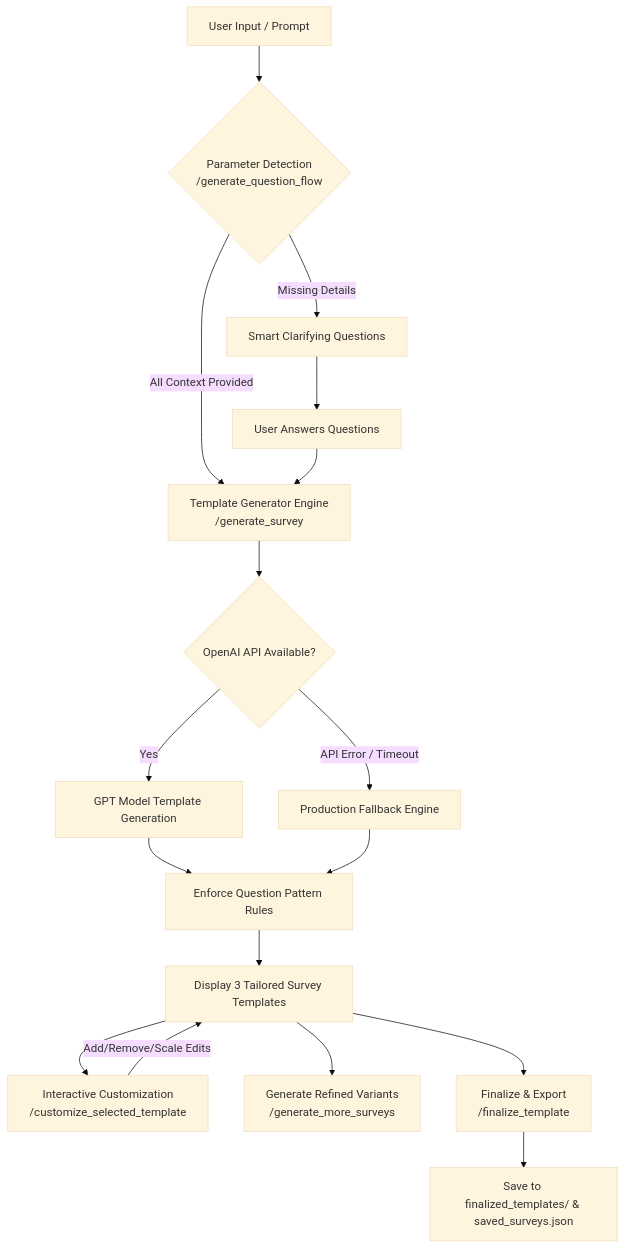
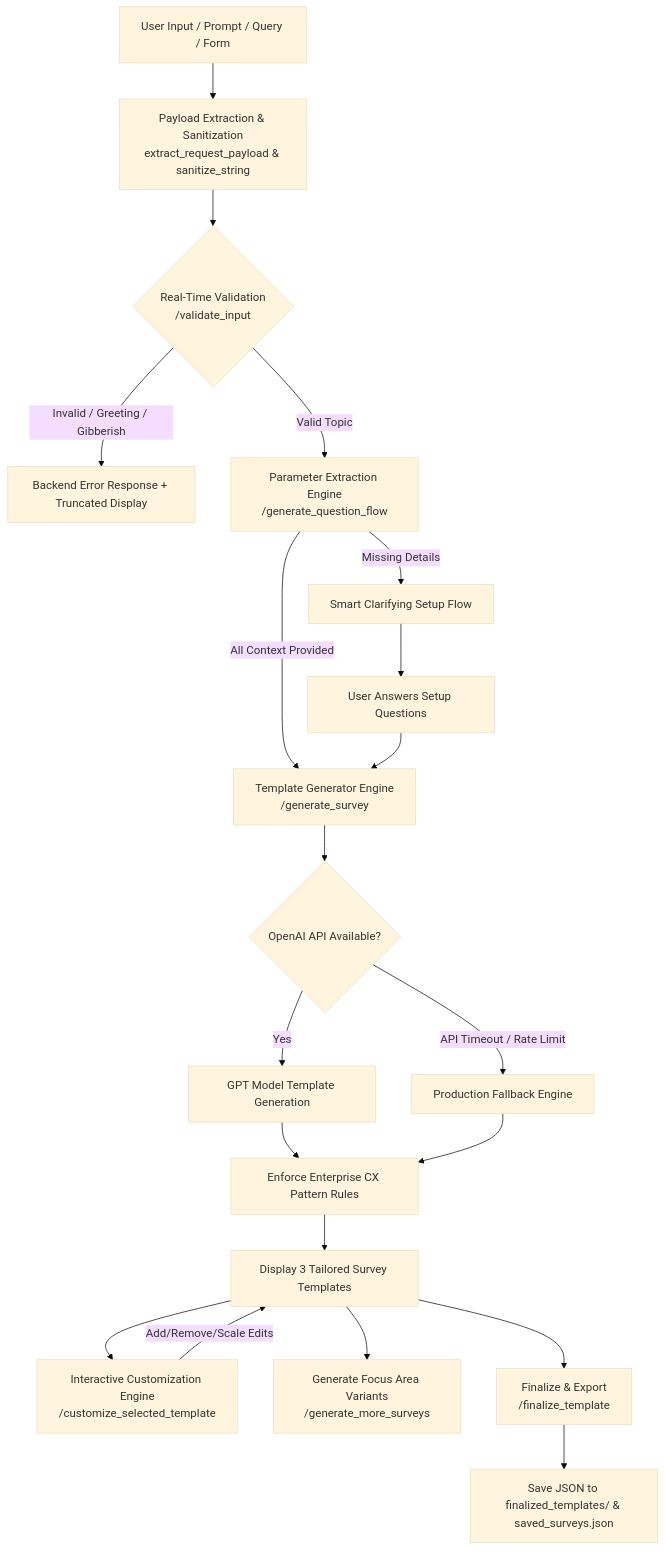
Before and after one commit to sunilQDZ/AI-SurveyCreate: the diagram in README.md, drawn with Mermaid (base theme). The commit also changed other lines of this file, not shown here.

Commit message:
Update README.md with modular architecture, REST endpoints, and test commands

````diff
--- a/README.md
+++ b/README.md
@@ -11,23 +11,27 @@
 ```mermaid
 flowchart TD
-    A[User Input / Prompt] --> B{Parameter Detection<br/>/generate_question_flow}
-    B -->|Missing Details| C[Smart Clarifying Questions]
-    C --> D[User Answers Questions]
-    B -->|All Context Provided| E[Template Generator Engine<br/>/generate_survey]
-    D --> E
+    A[User Input / Prompt / Query / Form] --> B[Payload Extraction & Sanitization<br/>extract_request_payload & sanitize_string]
+    B --> C{Real-Time Validation<br/>/validate_input}
+    C -->|Invalid / Greeting / Gibberish| D[Backend Error Response + Truncated Display]
+    C -->|Valid Topic| E[Parameter Extraction Engine<br/>/generate_question_flow]
     
-    E --> F{OpenAI API Available?}
-    F -->|Yes| G[GPT Model Template Generation]
-    F -->|API Error / Timeout| H[Production Fallback Engine]
+    E -->|Missing Details| F[Smart Clarifying Setup Flow]
+    F --> G[User Answers Setup Questions]
+    E -->|All Context Provided| H[Template Generator Engine<br/>/generate_survey]
+    G --> H
     
-    G --> I[Enforce Question Pattern Rules]
-    H --> I
+    H --> I{OpenAI API Available?}
+    I -->|Yes| J[GPT Model Template Generation]
+    I -->|API Timeout / Rate Limit| K[Production Fallback Engine]
     
-    I --> J[Display 3 Tailored Survey Templates]
-    J --> K[Interactive Customization<br/>/customize_selected_template]
-    K -->|Add/Remove/Scale Edits| J
+    J --> L[Enforce Enterprise CX Pattern Rules]
+    K --> L
     
-    J --> L[Generate Refined Variants<br/>/generate_more_surveys]
-    J --> M[Finalize & Export<br/>/finalize_template]
-    M --> N[Save to finalized_templates/ & saved_surveys.json]
+    L --> M[Display 3 Tailored Survey Templates]
+    M --> N[Interactive Customization Engine<br/>/customize_selected_template]
+    N -->|Add/Remove/Scale Edits| M
+    
+    M --> O[Generate Focus Area Variants<br/>/generate_more_surveys]
+    M --> P[Finalize & Export<br/>/finalize_template]
+    P --> Q[Save JSON to finalized_templates/ & saved_surveys.json]
 ```
````
